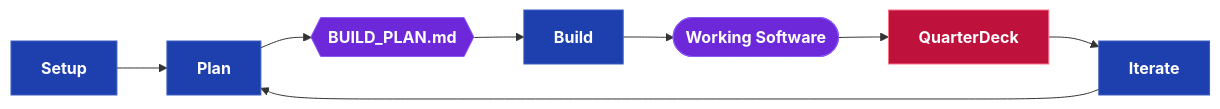
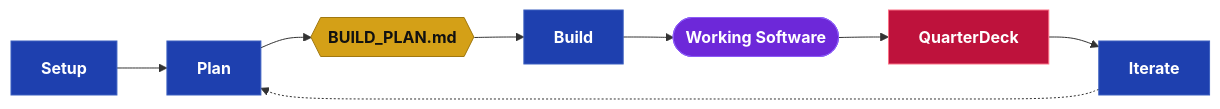
One commit to webcloudstudio/Drydock changed the first of 10 diagrams in docs/Drydock_Specification.md. Above: the diagram before and after it, drawn with Mermaid. The commit also changed other lines of this file and 2 other files, not shown here.

First line of the commit message:
Restructure specification around the Setup-Plan-Build-Iterate lifecycle

````diff
--- a/docs/Drydock_Specification.md
+++ b/docs/Drydock_Specification.md
@@ -70,15 +67,17 @@
 ```mermaid
 flowchart LR
   classDef dir    fill:#0a5c38,stroke:#2cb67d,color:#fff,font-weight:bold
+  classDef md     fill:#d4a017,stroke:#a07810,color:#111,font-weight:bold
   classDef script fill:#1e40af,stroke:#3b5fc0,color:#fff,font-weight:bold
+  classDef prompt fill:#c2410c,stroke:#ea580c,color:#fff,font-weight:bold
   classDef output fill:#6d28d9,stroke:#8b5cf6,color:#fff,font-weight:bold
   classDef web    fill:#be123c,stroke:#fb7185,color:#fff,font-weight:bold
 
   SETUP["Setup"]:::script --> PLAN["Plan"]:::script
-  PLAN --> BP{{"BUILD_PLAN.md"}}:::output
+  PLAN --> BP{{"BUILD_PLAN.md"}}:::md
   BP --> BUILD["Build"]:::script
   BUILD --> SOFTWARE(["Working Software"]):::output
   SOFTWARE --> CONSOLE["QuarterDeck"]:::web
   CONSOLE --> ITERATE["Iterate"]:::script
-  ITERATE --> PLAN
+  ITERATE -.-> PLAN
 ```
````
